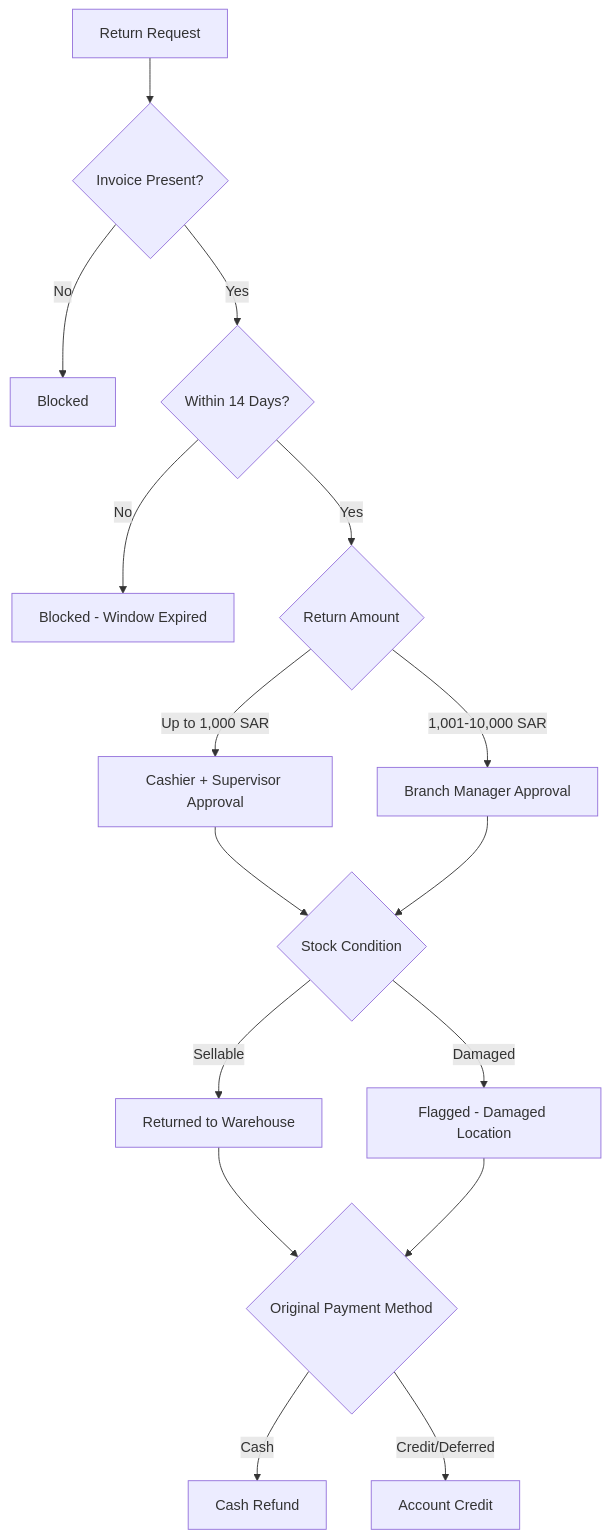
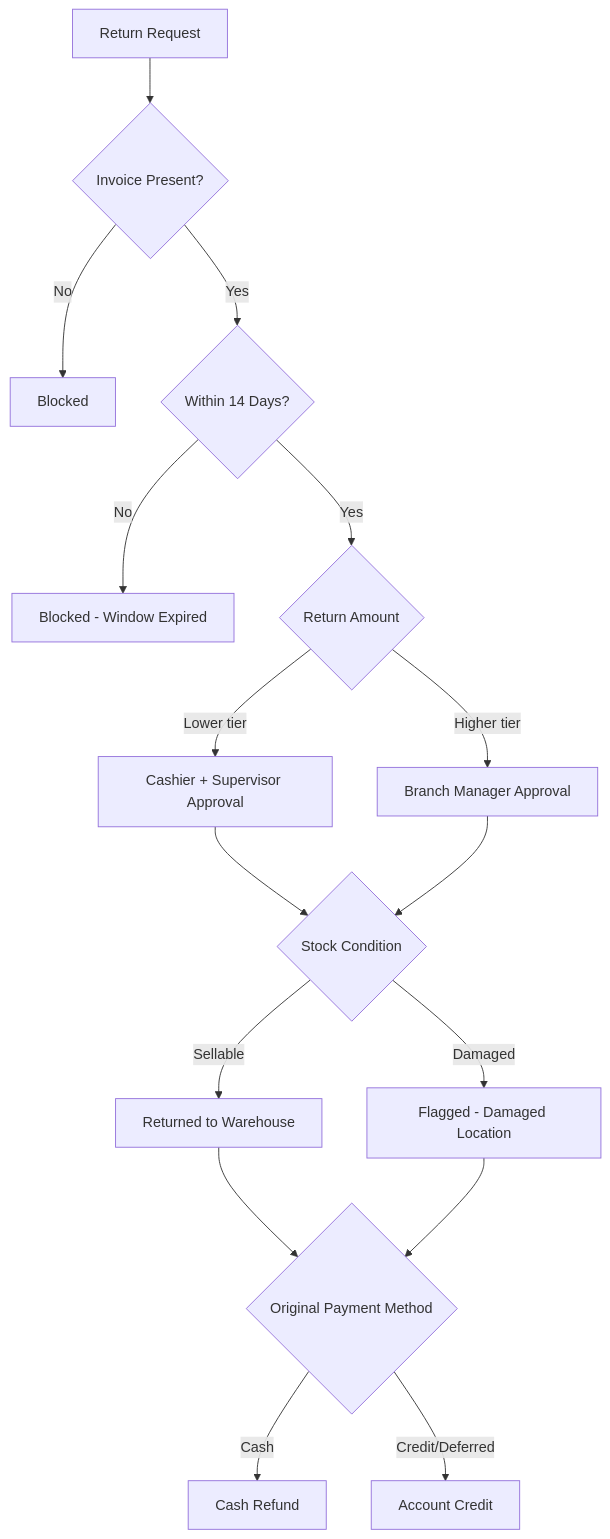
Before and after one commit to omaralburiki/Multi-Branch-ERP-Implementation: the second of 5 diagrams in docs/Project-Dossier.md, drawn with Mermaid. The commit also changed other lines of this file, not shown here.

````diff
--- a/docs/Project-Dossier.md
+++ b/docs/Project-Dossier.md
@@ -155,18 +57,18 @@
 ```mermaid
 flowchart TD
     A[Return Request] --> B{Invoice Present?}
     B -->|No| B1[Blocked]
     B -->|Yes| C{Within 14 Days?}
     C -->|No| C1[Blocked - Window Expired]
     C -->|Yes| D{Return Amount}
-    D -->|Up to 1,000 SAR| E[Cashier + Supervisor Approval]
-    D -->|1,001-10,000 SAR| F[Branch Manager Approval]
+    D -->|Lower tier| E[Cashier + Supervisor Approval]
+    D -->|Higher tier| F[Branch Manager Approval]
     E --> G{Stock Condition}
     F --> G
     G -->|Sellable| H[Returned to Warehouse]
     G -->|Damaged| I[Flagged - Damaged Location]
     H --> J{Original Payment Method}
     I --> J
     J -->|Cash| K[Cash Refund]
     J -->|Credit/Deferred| L[Account Credit]
 ```
````
